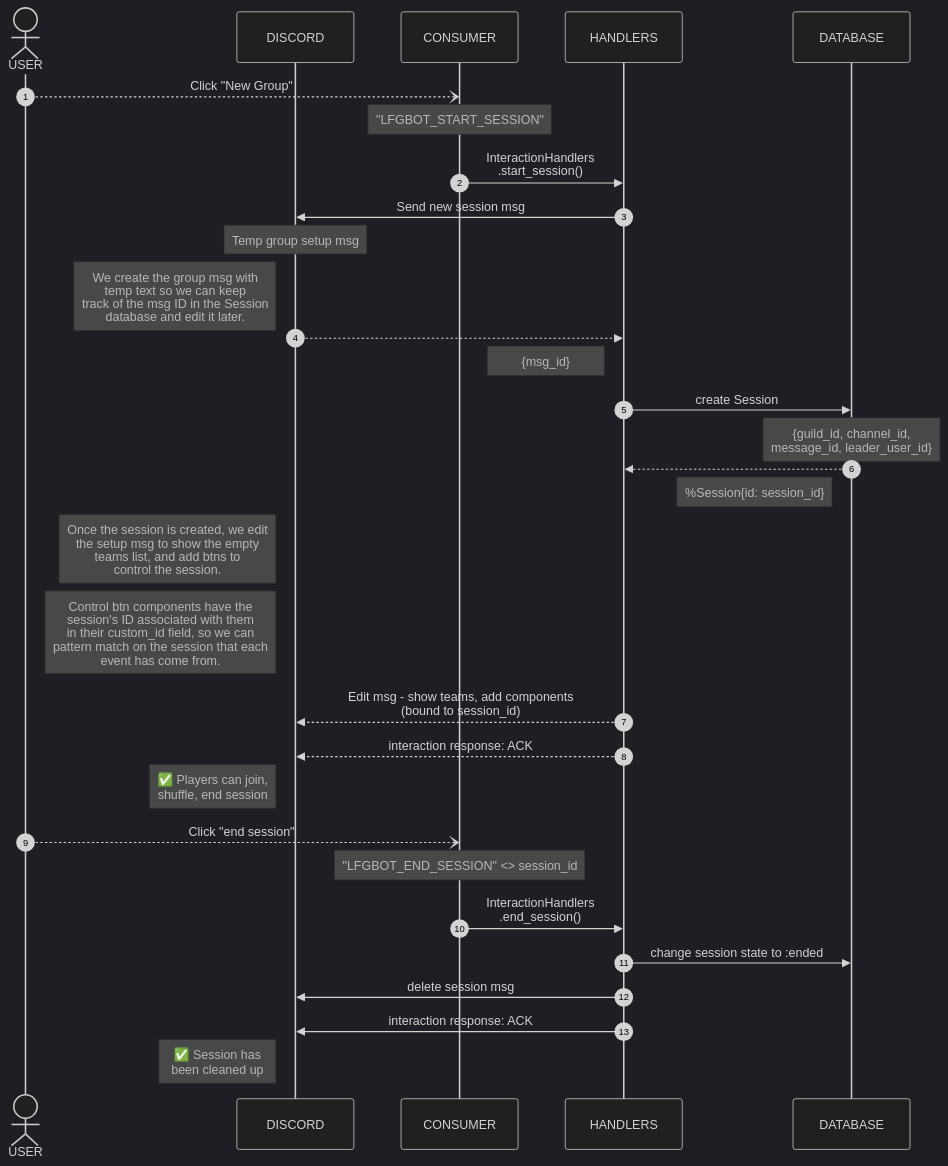
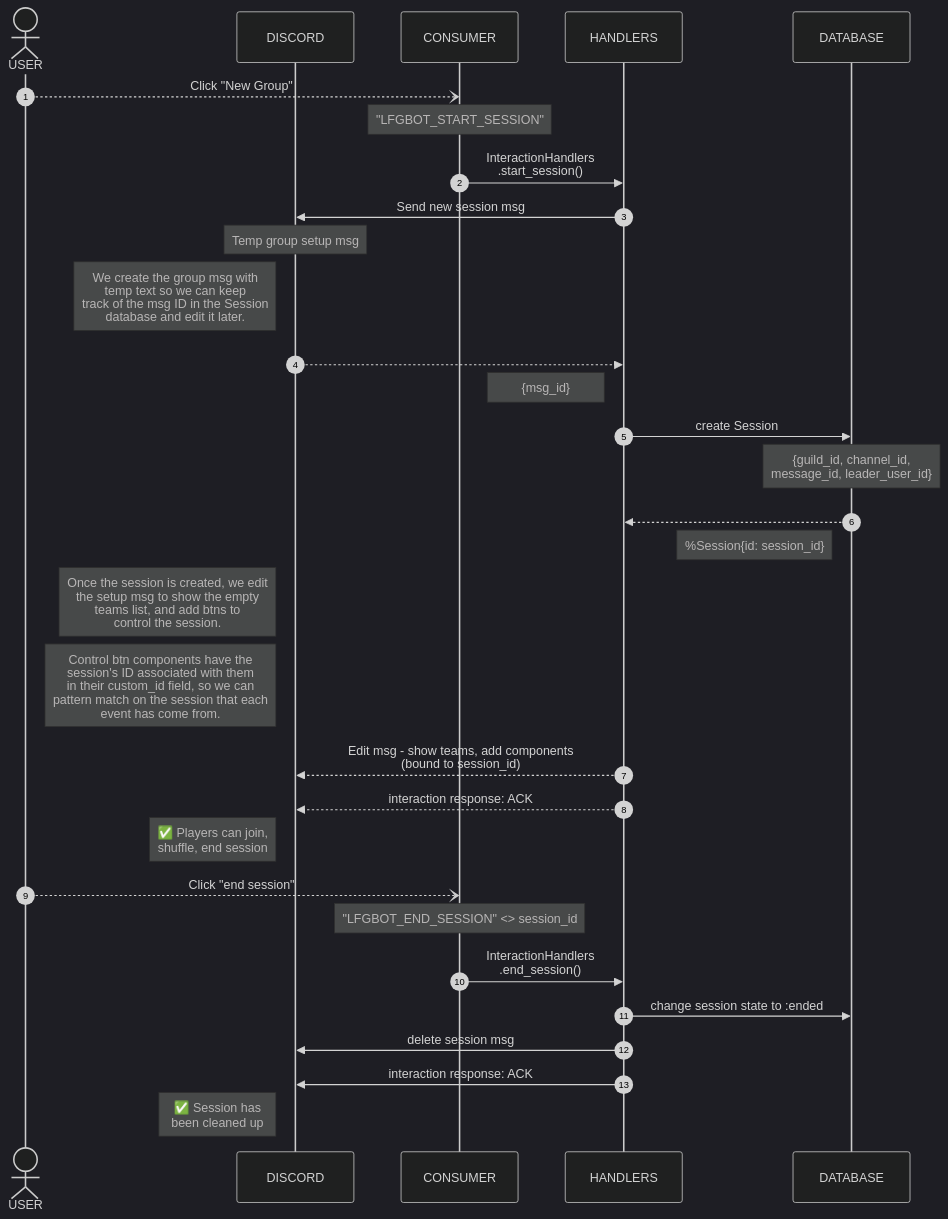
The third of 4 diagrams in README.md (GeordieP/LFGBot), drawn with Mermaid (dark theme) before and after one commit. The commit also changed other lines of this file, not shown here.

First line of the commit message:
Fix mermaid syntax

````diff
--- a/README.md
+++ b/README.md
@@ -165,36 +163,36 @@
 ```mermaid
 sequenceDiagram
 autonumber
 
 actor USER
 participant DISCORD
 participant CONSUMER
 participant HANDLERS
 participant DATABASE
 
 USER--)CONSUMER: Click "New Group"
 Note over CONSUMER: "LFGBOT_START_SESSION"
 CONSUMER->>HANDLERS: InteractionHandlers<br />.start_session()
 HANDLERS->>DISCORD: Send new session msg
 Note over DISCORD: Temp group setup msg
 Note left of DISCORD: We create the group msg with<br/>temp text so we can keep<br/>track of the msg ID in the Session<br/>database and edit it later.
-DISCORD-->>HANDLERS:
+DISCORD-->>HANDLERS: #nbsp;
 Note left of HANDLERS: {msg_id}
 HANDLERS->>DATABASE: create Session
 Note over DATABASE: {guild_id, channel_id,<br />message_id, leader_user_id}
-DATABASE-->>HANDLERS:
+DATABASE-->>HANDLERS: #nbsp;
 Note left of DATABASE: %Session{id: session_id}
 Note left of DISCORD: Once the session is created, we edit<br />the setup msg to show the empty<br/>teams list, and add btns to <br />control the session.
 Note left of DISCORD: Control btn components have the<br />session's ID associated with them<br/> in their custom_id field, so we can<br />pattern match on the session that each<br />event has come from.
 HANDLERS-->>DISCORD: Edit msg - show teams, add components<br/>(bound to session_id)
 HANDLERS-->>DISCORD: interaction response: ACK
 Note left of DISCORD: ✅ Players can join,<br/>shuffle, end session
 USER--)CONSUMER: Click "end session"
 Note over CONSUMER: "LFGBOT_END_SESSION" <> session_id
 CONSUMER->>HANDLERS: InteractionHandlers<br />.end_session()
 HANDLERS->>DATABASE: change session state to :ended
 HANDLERS->>DISCORD: delete session msg
 HANDLERS->>DISCORD: interaction response: ACK
 Note left of DISCORD: ✅ Session has<br />been cleaned up
 
 ```
````
